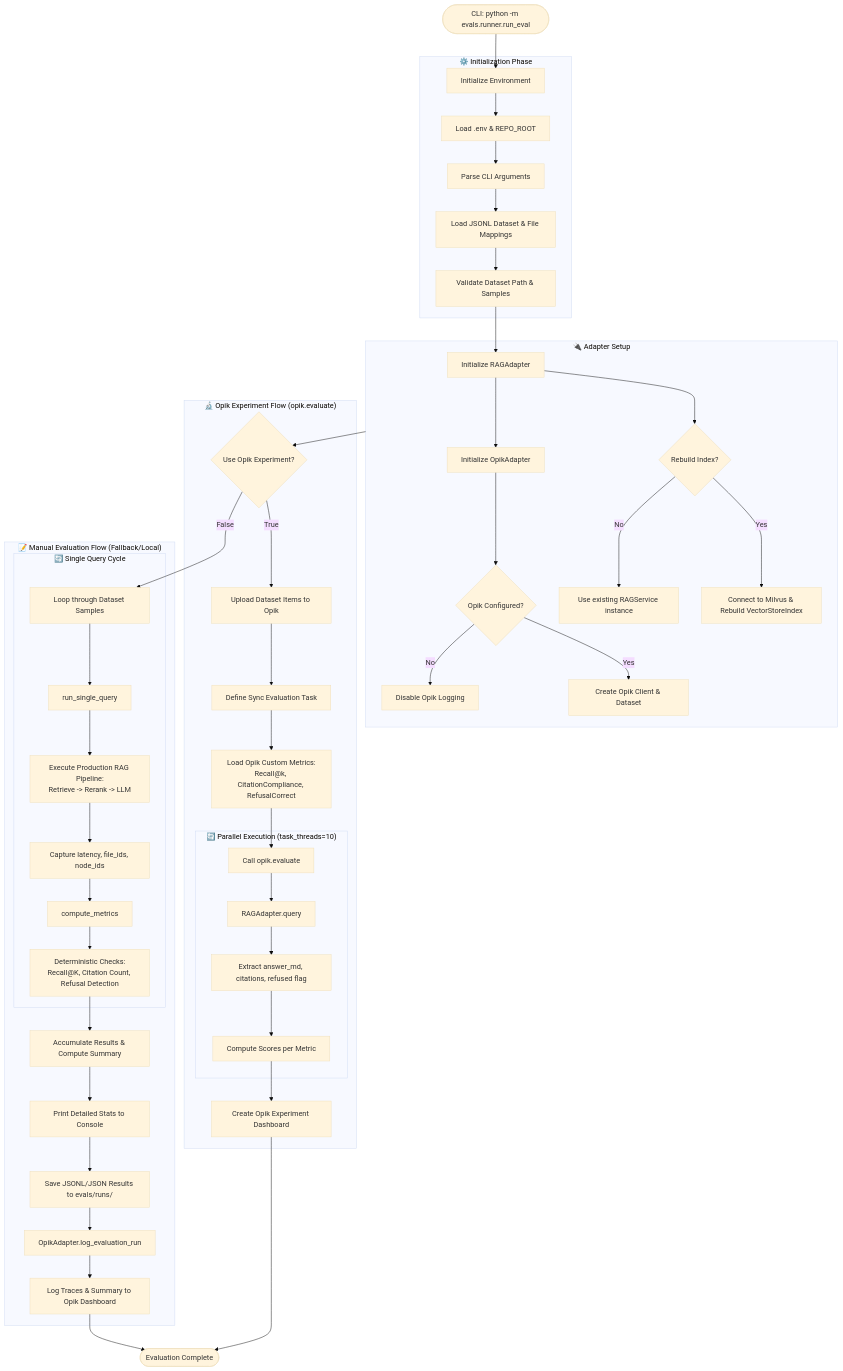
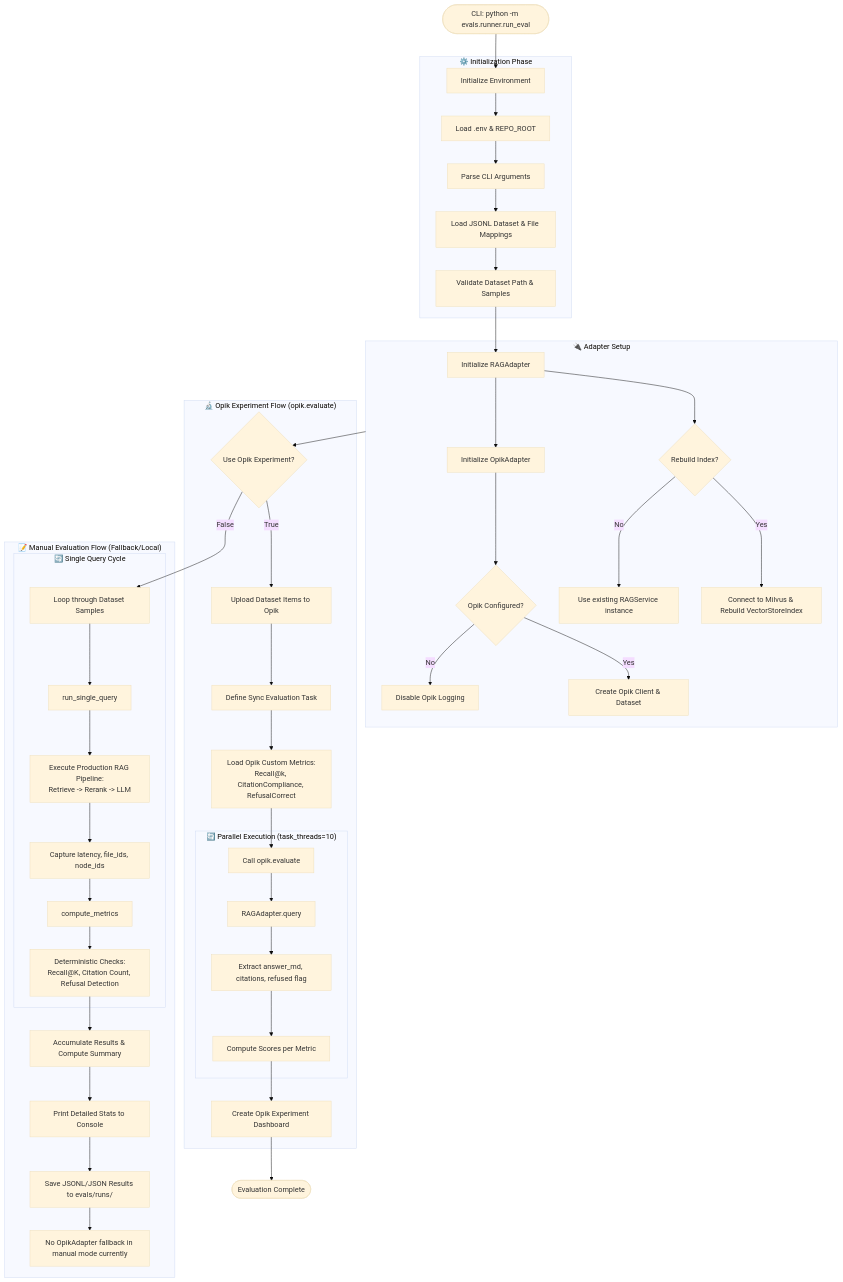
Before and after one commit to arjuntheprogrammer/internal-knowledge-assistant-rag: the diagram in evals/README.md, drawn with Mermaid (base theme). The commit also changed other lines of this file and 10 other files, not shown here.

````diff
--- a/evals/README.md
+++ b/evals/README.md
@@ -16,61 +16,59 @@
 ```mermaid
 flowchart TD
     Start([CLI: python -m evals.runner.run_eval]) --> Init[Initialize Environment]
 
     subgraph Initialization ["⚙️ Initialization Phase"]
         Init --> LoadEnv[Load .env & REPO_ROOT]
         LoadEnv --> Args[Parse CLI Arguments]
         Args --> LoadDataset[Load JSONL Dataset & File Mappings]
         LoadDataset --> Validate[Validate Dataset Path & Samples]
     end
 
     subgraph Adapters ["🔌 Adapter Setup"]
         Validate --> InitRAGAdapter[Initialize RAGAdapter]
         InitRAGAdapter --> RebuildIndex{Rebuild Index?}
         RebuildIndex -->|Yes| Milvus[Connect to Milvus & Rebuild VectorStoreIndex]
         RebuildIndex -->|No| RAGService[Use existing RAGService instance]
 
         InitRAGAdapter --> InitOpikAdapter[Initialize OpikAdapter]
         InitOpikAdapter --> OpikConfig{Opik Configured?}
         OpikConfig -->|Yes| OpikClient[Create Opik Client & Dataset]
         OpikConfig -->|No| OpikDisabled[Disable Opik Logging]
     end
 
     Adapters --> EvalMode{Use Opik Experiment?}
 
     subgraph OpikExperiment ["🔬 Opik Experiment Flow (opik.evaluate)"]
         EvalMode -->|True| UploadItems[Upload Dataset Items to Opik]
         UploadItems --> DefineTask[Define Sync Evaluation Task]
         DefineTask --> ScoringMetrics[Load Opik Custom Metrics:<br/>Recall@k, CitationCompliance, RefusalCorrect]
         ScoringMetrics --> Evaluate[Call opik.evaluate]
 
         subgraph InternalThread ["🔄 Parallel Execution (task_threads=10)"]
             Evaluate --> QueryRAG[RAGAdapter.query]
             QueryRAG --> RAGResult[Extract answer_md, citations, refused flag]
             RAGResult --> Score[Compute Scores per Metric]
         end
 
         Score --> ExperimentResult[Create Opik Experiment Dashboard]
     end
 
     subgraph ManualEval ["📝 Manual Evaluation Flow (Fallback/Local)"]
         EvalMode -->|False| ManualLoop[Loop through Dataset Samples]
 
         subgraph SampleProcessing ["🔄 Single Query Cycle"]
             ManualLoop --> RunQuery[run_single_query]
             RunQuery --> ProductionRAG[Execute Production RAG Pipeline:<br/>Retrieve -> Rerank -> LLM]
             ProductionRAG --> Capture[Capture latency, file_ids, node_ids]
             Capture --> LocalMetrics[compute_metrics]
             LocalMetrics --> Deterministic[Deterministic Checks:<br/>Recall@K, Citation Count, Refusal Detection]
         end
 
         Deterministic --> Accumulate[Accumulate Results & Compute Summary]
         Accumulate --> PrintSummary[Print Detailed Stats to Console]
         PrintSummary --> SaveLocal[Save JSONL/JSON Results to evals/runs/]
-        SaveLocal --> LogTraces[OpikAdapter.log_evaluation_run]
-        LogTraces --> TraceOpik[Log Traces & Summary to Opik Dashboard]
+        SaveLocal --> LogTraces[No OpikAdapter fallback in manual mode currently]
     end
 
     ExperimentResult --> End([Evaluation Complete])
-    TraceOpik --> End
 ```
````
